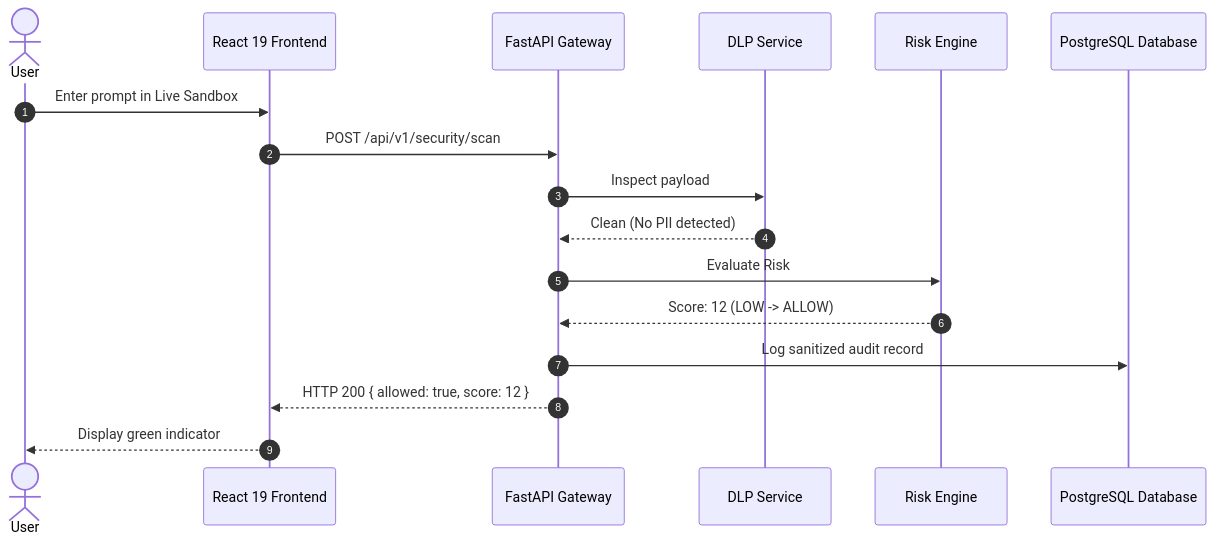
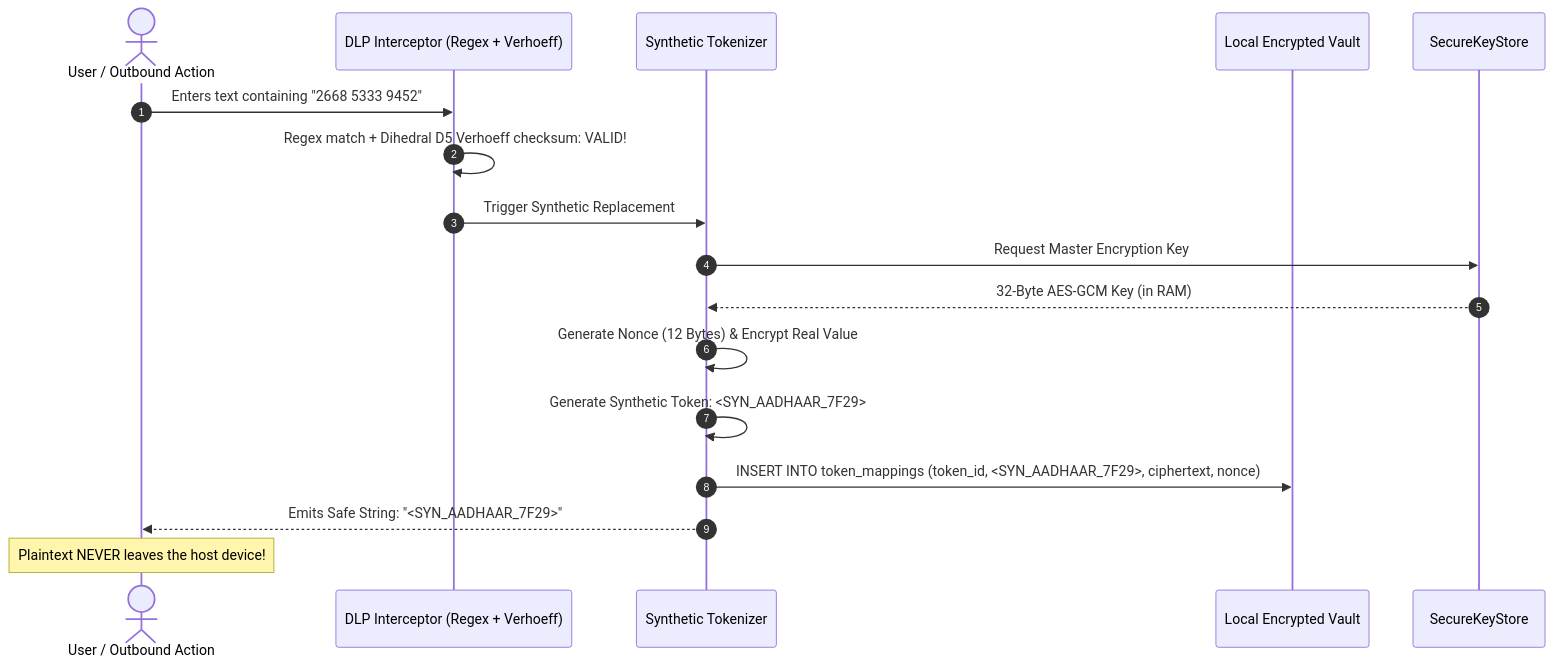
One commit to Shashank-1920/KPRIET-HackITon26 changed the fifth of 10 diagrams in docs/architecture/ARCHITECTURE.md. Above: the diagram before and after it, drawn with Mermaid. The commit also changed other lines of this file and 6 other files, not shown here.

Commit message:
docs: refine local-first secure data architecture

````diff
--- a/docs/architecture/ARCHITECTURE.md
+++ b/docs/architecture/ARCHITECTURE.md
@@ -869,20 +227,20 @@
 ```mermaid
 sequenceDiagram
     autonumber
-    actor User as User
-    participant Frontend as React 19 Frontend
-    participant Gateway as FastAPI Gateway
-    participant DLP as DLP Service
-    participant Risk as Risk Engine
-    participant DB as PostgreSQL Database
+    actor User as User / Outbound Action
+    participant DLP as DLP Interceptor (Regex + Verhoeff)
+    participant Tokenizer as Synthetic Tokenizer
+    participant Vault as Local Encrypted Vault
+    participant Key as SecureKeyStore
 
-    User->>Frontend: Enter prompt in Live Sandbox
-    Frontend->>Gateway: POST /api/v1/security/scan
-    Gateway->>DLP: Inspect payload
-    DLP-->>Gateway: Clean (No PII detected)
-    Gateway->>Risk: Evaluate Risk
-    Risk-->>Gateway: Score: 12 (LOW -> ALLOW)
-    Gateway->>DB: Log sanitized audit record
-    Gateway-->>Frontend: HTTP 200 { allowed: true, score: 12 }
-    Frontend-->>User: Display green indicator
+    User->>DLP: Enters text containing "2668 5333 9452"
+    DLP->>DLP: Regex match + Dihedral D5 Verhoeff checksum: VALID!
+    DLP->>Tokenizer: Trigger Synthetic Replacement
+    Tokenizer->>Key: Request Master Encryption Key
+    Key-->>Tokenizer: 32-Byte AES-GCM Key (in RAM)
+    Tokenizer->>Tokenizer: Generate Nonce (12 Bytes) & Encrypt Real Value
+    Tokenizer->>Tokenizer: Generate Synthetic Token: <SYN_AADHAAR_7F29>
+    Tokenizer->>Vault: INSERT INTO token_mappings (token_id, <SYN_AADHAAR_7F29>, ciphertext, nonce)
+    Tokenizer-->>User: Emits Safe String: "<SYN_AADHAAR_7F29>"
+    Note over User: Plaintext NEVER leaves the host device!
 ```
````
